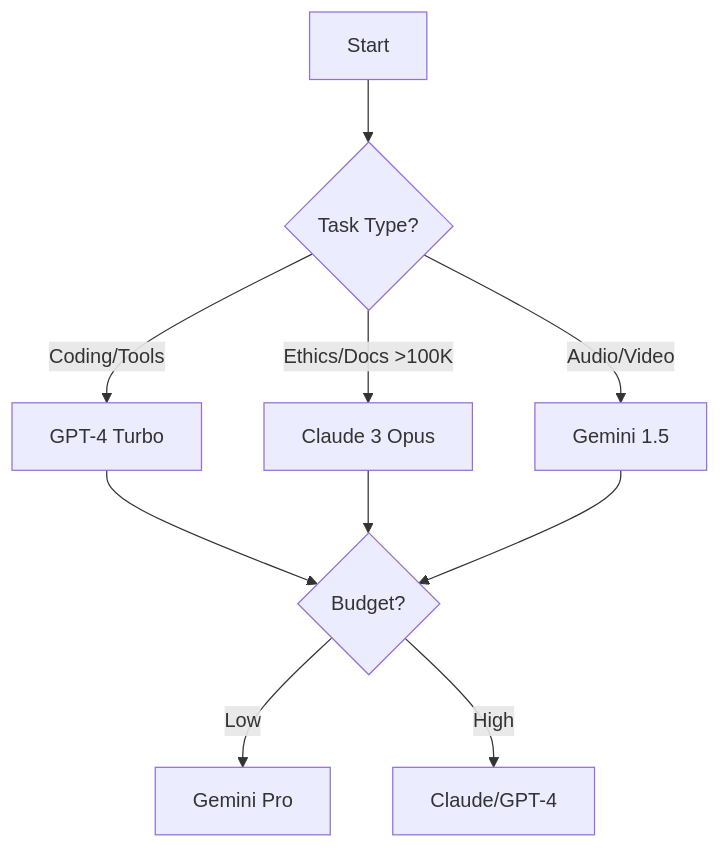
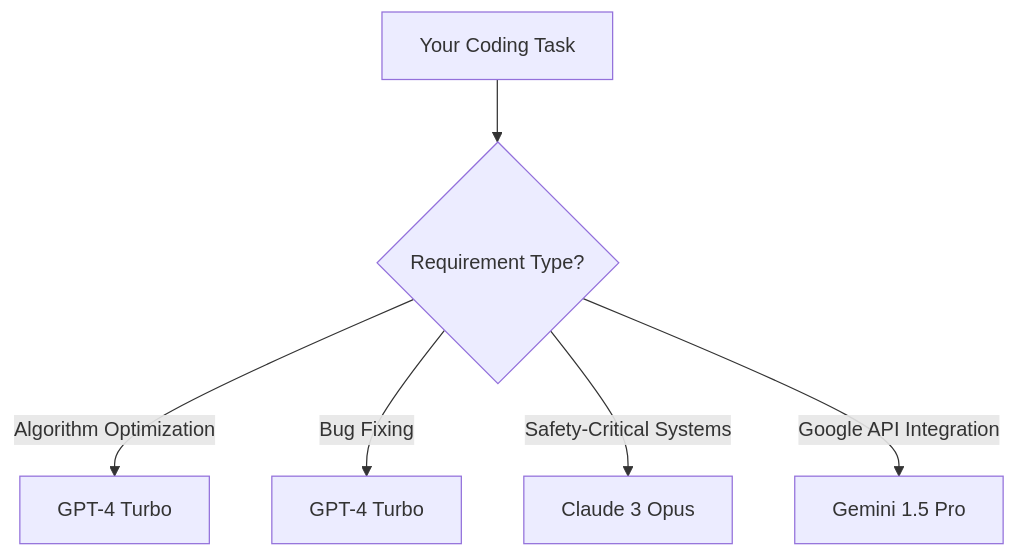
Before and after one commit to hafizhpratama/blog-starter: the second of 2 diagrams in content/articles/claude-vs-gpt-4-vs-gemini-the-ultimate-ai-comparison.mdx, drawn with Mermaid. The commit also changed other lines of this file and 1 other file, not shown here.

````diff
--- a/content/articles/claude-vs-gpt-4-vs-gemini-the-ultimate-ai-comparison.mdx
+++ b/content/articles/claude-vs-gpt-4-vs-gemini-the-ultimate-ai-comparison.mdx
@@ -149,12 +145,8 @@
 ```mermaid
-graph TD
-    A[Start] --> B{Task Type?}
-    B -->|Coding/Tools| C[GPT-4 Turbo]
-    B -->|Ethics/Docs >100K| D[Claude 3 Opus]
-    B -->|Audio/Video| E[Gemini 1.5]
-    C --> F{Budget?}
-    D --> F
-    E --> F
-    F -->|Low| G[Gemini Pro]
-    F -->|High| H[Claude/GPT-4]
+flowchart TD
+    A[Your Coding Task] --> B{Requirement Type?}
+    B -->|Algorithm Optimization| C[GPT-4 Turbo]
+    B -->|Bug Fixing| D[GPT-4 Turbo]
+    B -->|Safety-Critical Systems| E[Claude 3 Opus]
+    B -->|Google API Integration| F[Gemini 1.5 Pro]
 ```
````
